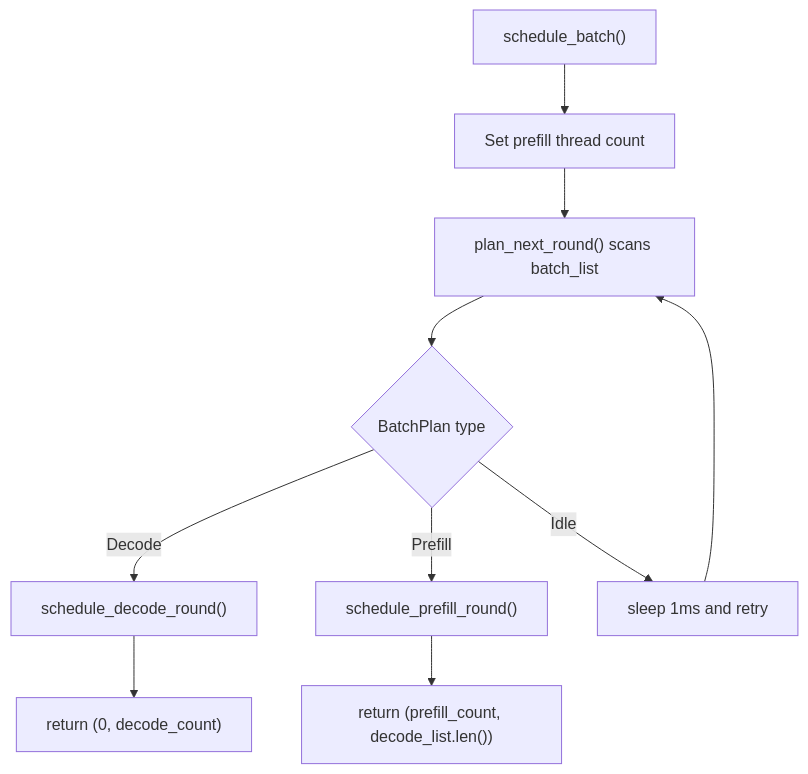
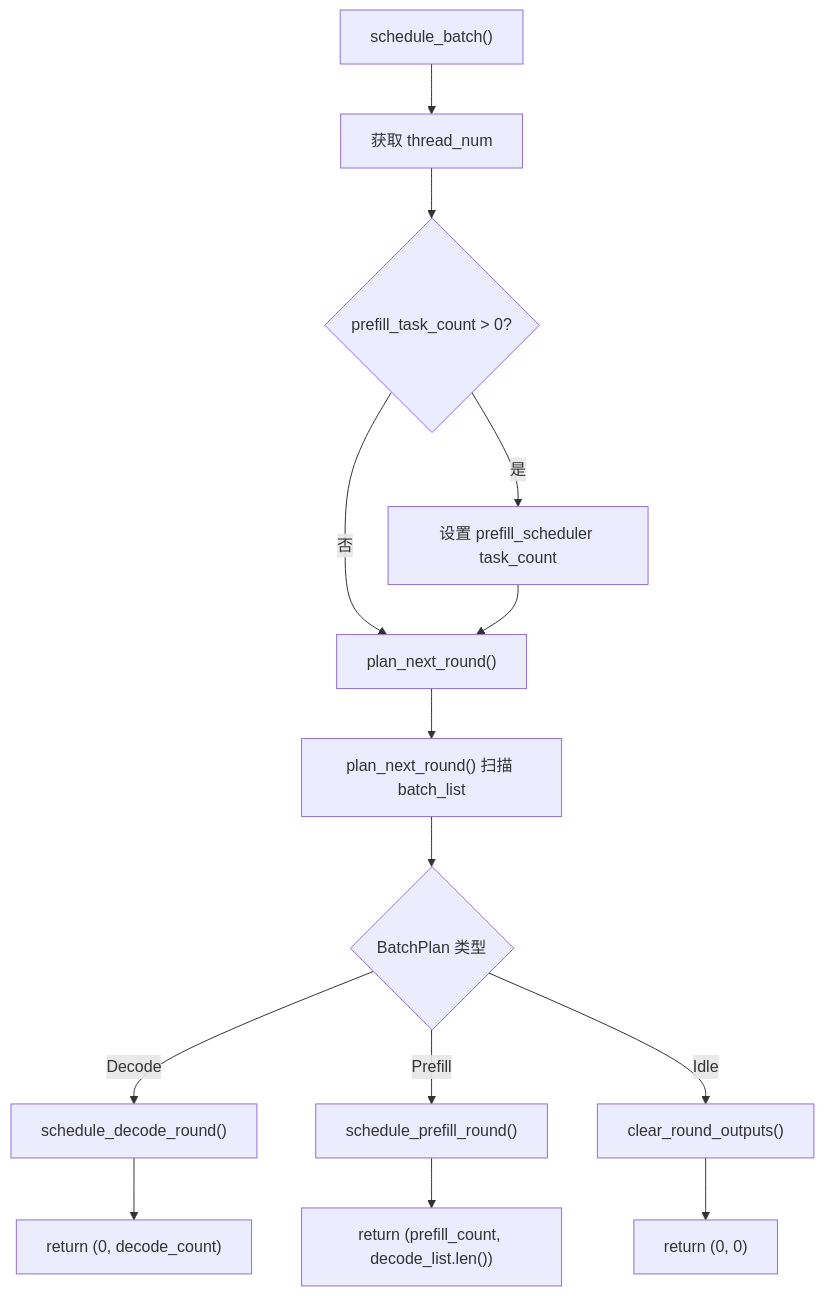
Before and after one commit to lucienhuangfu/eLLM: the first of 8 diagrams in docs/design/runtime/schedule.md, drawn with Mermaid. The commit also changed other lines of this file and 8 other files, not shown here.

````diff
--- a/docs/design/runtime/schedule.md
+++ b/docs/design/runtime/schedule.md
@@ -78,12 +102,16 @@
 ```mermaid
 flowchart TD
-    A["schedule_batch()"] --> B["Set prefill thread count"]
-    B --> C["plan_next_round() scans batch_list"]
-    C --> D{"BatchPlan type"}
-    D -->|Decode| E["schedule_decode_round()"]
-    D -->|Prefill| F["schedule_prefill_round()"]
-    D -->|Idle| G["sleep 1ms and retry"]
-    E --> H["return (0, decode_count)"]
-    F --> I["return (prefill_count, decode_list.len())"]
-    G --> C
+    A["schedule_batch()"] --> B["获取 thread_num"]
+    B --> C{"prefill_task_count > 0?"}
+    C -->|是| D["设置 prefill_scheduler task_count"]
+    C -->|否| E["plan_next_round()"]
+    D --> E
+    E --> F["plan_next_round() 扫描 batch_list"]
+    F --> G{"BatchPlan 类型"}
+    G -->|Decode| H["schedule_decode_round()"]
+    G -->|Prefill| I["schedule_prefill_round()"]
+    G -->|Idle| J["clear_round_outputs()"]
+    H --> K["return (0, decode_count)"]
+    I --> L["return (prefill_count, decode_list.len())"]
+    J --> M["return (0, 0)"]
 ```
````
